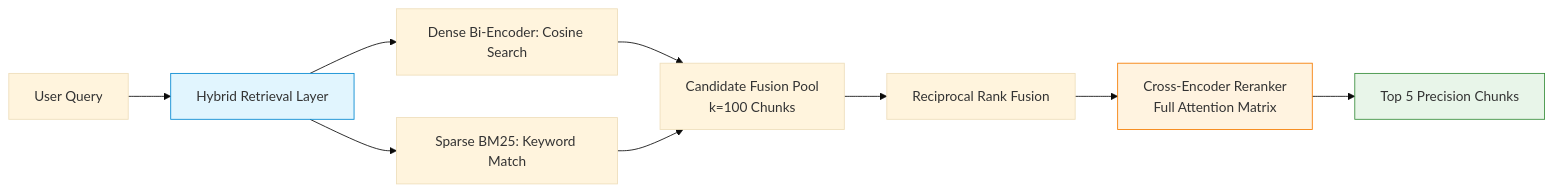
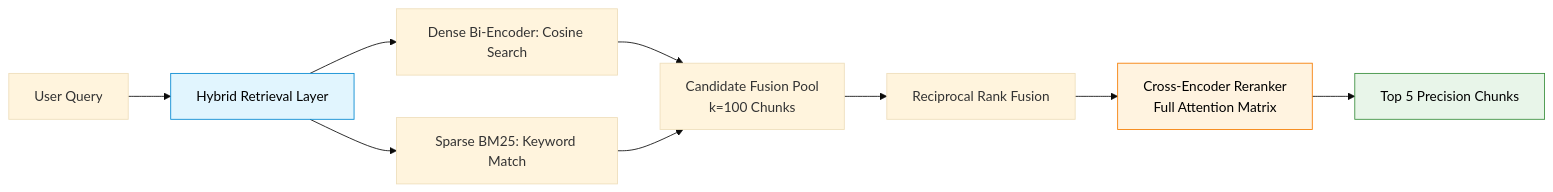
The third of 8 diagrams in 00-Introduction-to-RAG/RAG-Architecture.md (swapnil3104/RAG-Engineering), drawn with Mermaid (base theme) before and after one commit. The commit also changed other lines of this file and 108 other files, not shown here.

Commit message:
fix: make chart text visible across all Mermaid diagrams and resolve markdown table formatting issues

````diff
--- a/00-Introduction-to-RAG/RAG-Architecture.md
+++ b/00-Introduction-to-RAG/RAG-Architecture.md
@@ -133,15 +133,15 @@
 ```mermaid
 flowchart LR
     Q[User Query] --> HYB[Hybrid Retrieval Layer]
     HYB --> D[Dense Bi-Encoder: Cosine Search]
     HYB --> S[Sparse BM25: Keyword Match]
     D --> CAND[Candidate Fusion Pool<br/>k=100 Chunks]
     S --> CAND
     CAND --> RRF[Reciprocal Rank Fusion]
     RRF --> CE[Cross-Encoder Reranker<br/>Full Attention Matrix]
     CE --> TOP[Top 5 Precision Chunks]
 
-    style HYB fill:#e1f5fe,stroke:#0288d1
-    style CE fill:#fff3e0,stroke:#f57c00
-    style TOP fill:#e8f5e9,stroke:#388e3c
+    style HYB fill:#e1f5fe,stroke:#0288d1,color:#000000
+    style CE fill:#fff3e0,stroke:#f57c00,color:#000000
+    style TOP fill:#e8f5e9,stroke:#388e3c,color:#000000
 ```
````
